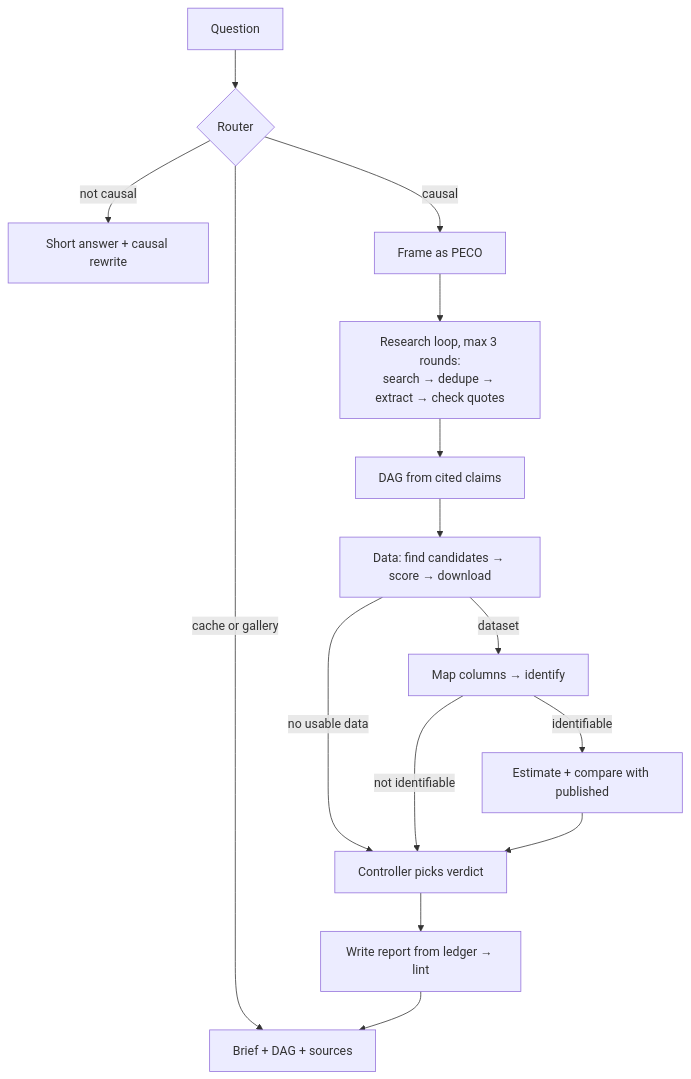
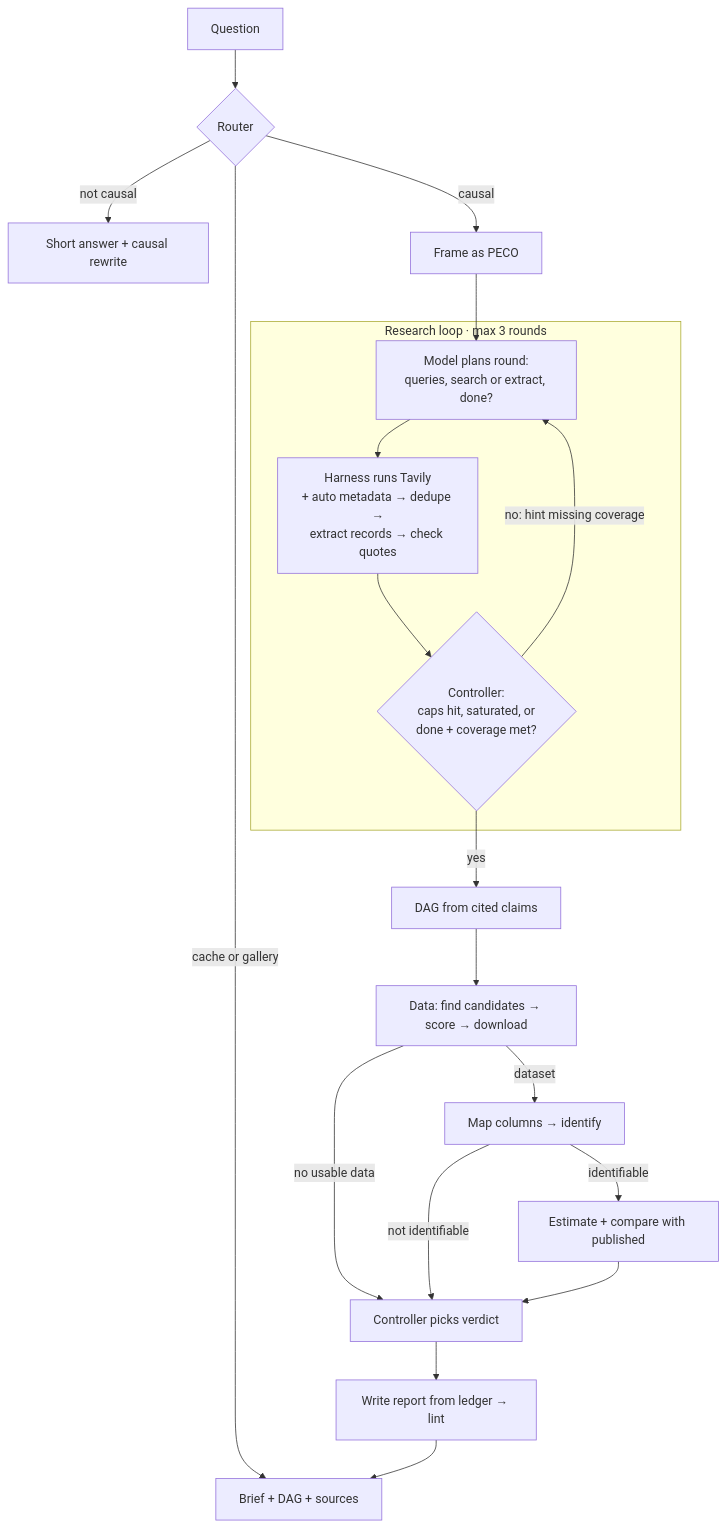
One commit to BrachyS/causal-genie changed the diagram in PRD.md. Above: the diagram before and after it, drawn with Mermaid. The commit also changed other lines of this file and 1 other file, not shown here.

First line of the commit message:
PRD: hybrid research loop, wider data allowlist, single-table limit

````diff
--- a/PRD.md
+++ b/PRD.md
@@ -100,18 +100,24 @@
 ```mermaid
 flowchart TD
     Q[Question] --> RT{Router}
     RT -->|cache or gallery| OUT
     RT -->|not causal| NC[Short answer + causal rewrite]
     RT -->|causal| F[Frame as PECO]
 
-    F --> R[Research loop, max 3 rounds:<br/>search → dedupe → extract → check quotes]
-    R --> G[DAG from cited claims]
+    F --> P
+
+    subgraph RL [Research loop · max 3 rounds]
+        P[Model plans round:<br/>queries, search or extract, done?] --> T[Harness runs Tavily<br/>+ auto metadata → dedupe →<br/>extract records → check quotes]
+        T --> C{Controller:<br/>caps hit, saturated, or<br/>done + coverage met?}
+        C -->|no: hint missing coverage| P
+    end
+    C -->|yes| G[DAG from cited claims]
     G --> D[Data: find candidates → score → download]
     D -->|no usable data| VD
     D -->|dataset| I[Map columns → identify]
     I -->|identifiable| E[Estimate + compare with published]
     I -->|not identifiable| VD
     E --> VD[Controller picks verdict]
     VD --> W[Write report from ledger → lint]
     W --> OUT[Brief + DAG + sources]
 ```
````
